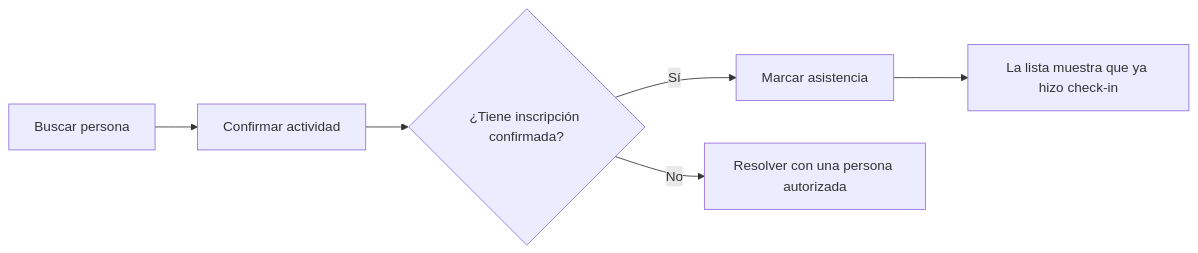
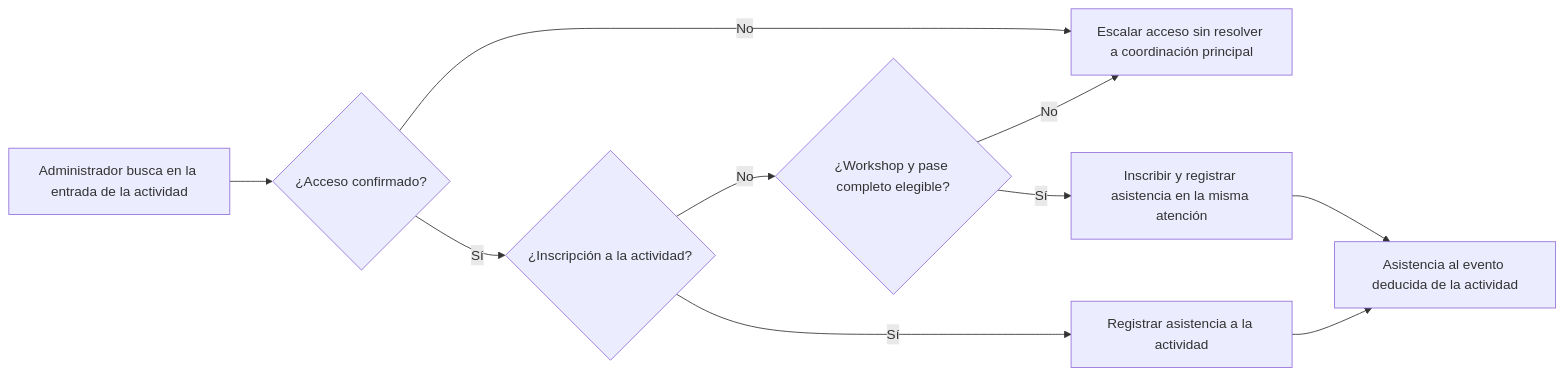
The third of 4 diagrams in docs/product/november-2026-mvp-proposal.md (KevinBarrera/nuestro-breaking), drawn with Mermaid before and after one commit. The commit also changed other lines of this file and 1 other file, not shown here.

````diff
--- a/docs/product/november-2026-mvp-proposal.md
+++ b/docs/product/november-2026-mvp-proposal.md
@@ -76,8 +83,12 @@
 ```mermaid
 flowchart LR
-    A[Buscar persona] --> B[Confirmar actividad]
-    B --> C{¿Tiene inscripción confirmada?}
-    C -->|Sí| D[Marcar asistencia]
-    C -->|No| E[Resolver con una persona autorizada]
-    D --> F[La lista muestra que ya hizo check-in]
+    A[Administrador busca en la entrada de la actividad] --> B{¿Acceso confirmado?}
+    B -->|No| E[Escalar acceso sin resolver a coordinación principal]
+    B -->|Sí| G{¿Inscripción a la actividad?}
+    G -->|Sí| D[Registrar asistencia a la actividad]
+    G -->|No| H{¿Workshop y pase completo elegible?}
+    H -->|Sí| I[Inscribir y registrar asistencia en la misma atención]
+    I --> F
+    H -->|No| E
+    D --> F[Asistencia al evento deducida de la actividad]
 ```
````
